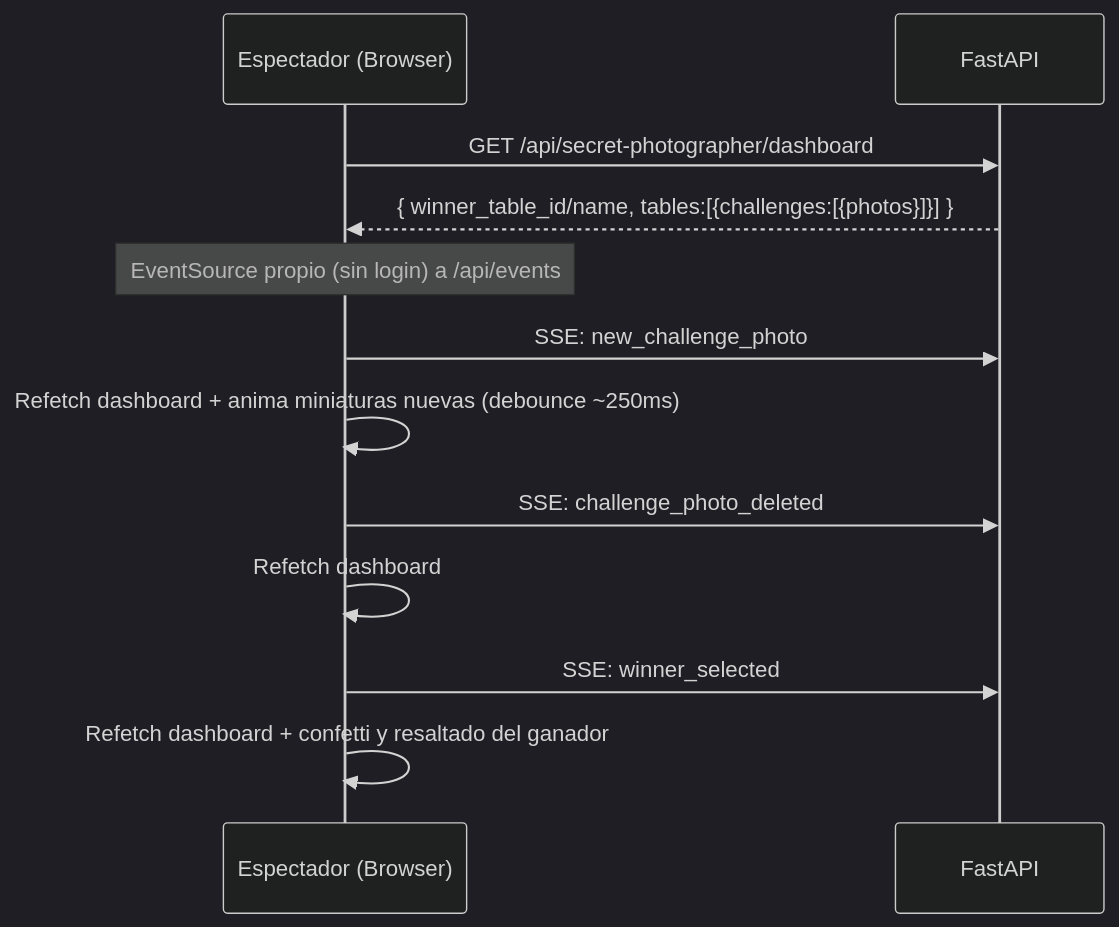
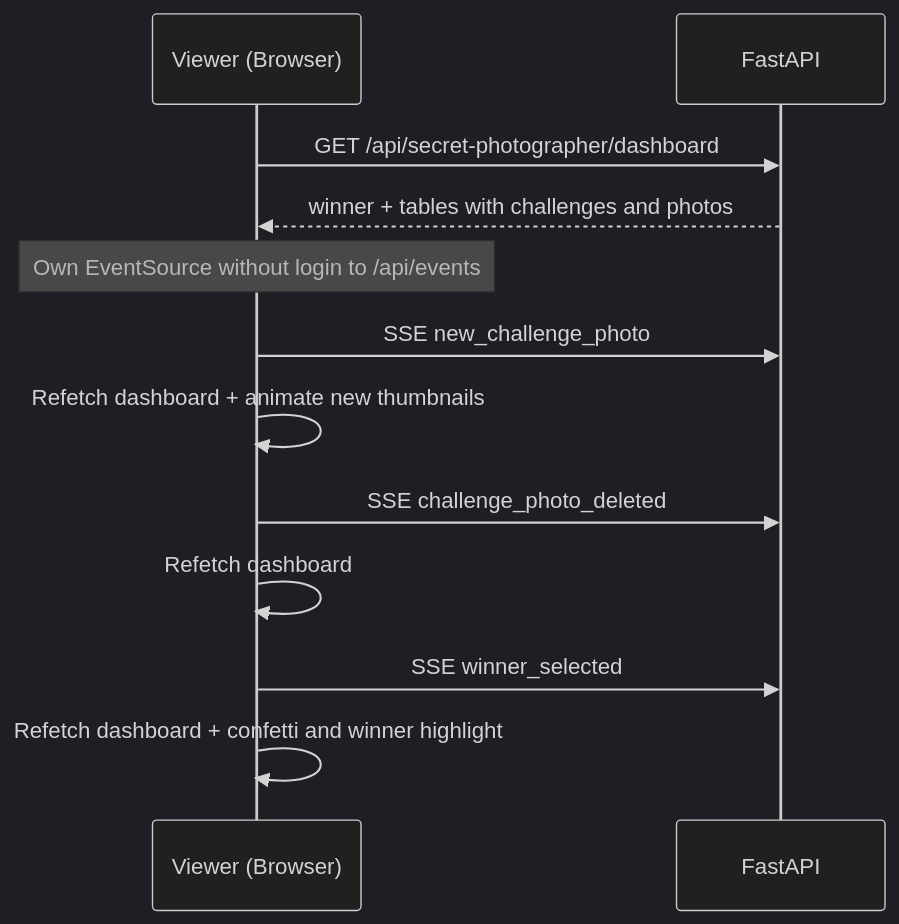
One commit to juniornff/wedding-photo-manager changed the seventh of 12 diagrams in README.md. Above: the diagram before and after it, drawn with Mermaid (dark theme). The commit also changed other lines of this file and 10 other files, not shown here.

````diff
--- a/README.md
+++ b/README.md
@@ -333,16 +441,16 @@
 ```mermaid
 sequenceDiagram
-    participant E as Espectador (Browser)
+    participant E as Viewer (Browser)
     participant API as FastAPI
 
     E->>API: GET /api/secret-photographer/dashboard
-    API-->>E: { winner_table_id/name, tables:[{challenges:[{photos}]}] }
+    API-->>E: winner + tables with challenges and photos
 
-    Note over E: EventSource propio (sin login) a /api/events
-    E->>API: SSE: new_challenge_photo
-    E->>E: Refetch dashboard + anima miniaturas nuevas (debounce ~250ms)
-    E->>API: SSE: challenge_photo_deleted
+    Note over E: Own EventSource without login to /api/events
+    E->>API: SSE new_challenge_photo
+    E->>E: Refetch dashboard + animate new thumbnails
+    E->>API: SSE challenge_photo_deleted
     E->>E: Refetch dashboard
-    E->>API: SSE: winner_selected
-    E->>E: Refetch dashboard + confetti y resaltado del ganador
+    E->>API: SSE winner_selected
+    E->>E: Refetch dashboard + confetti and winner highlight
 ```
````
